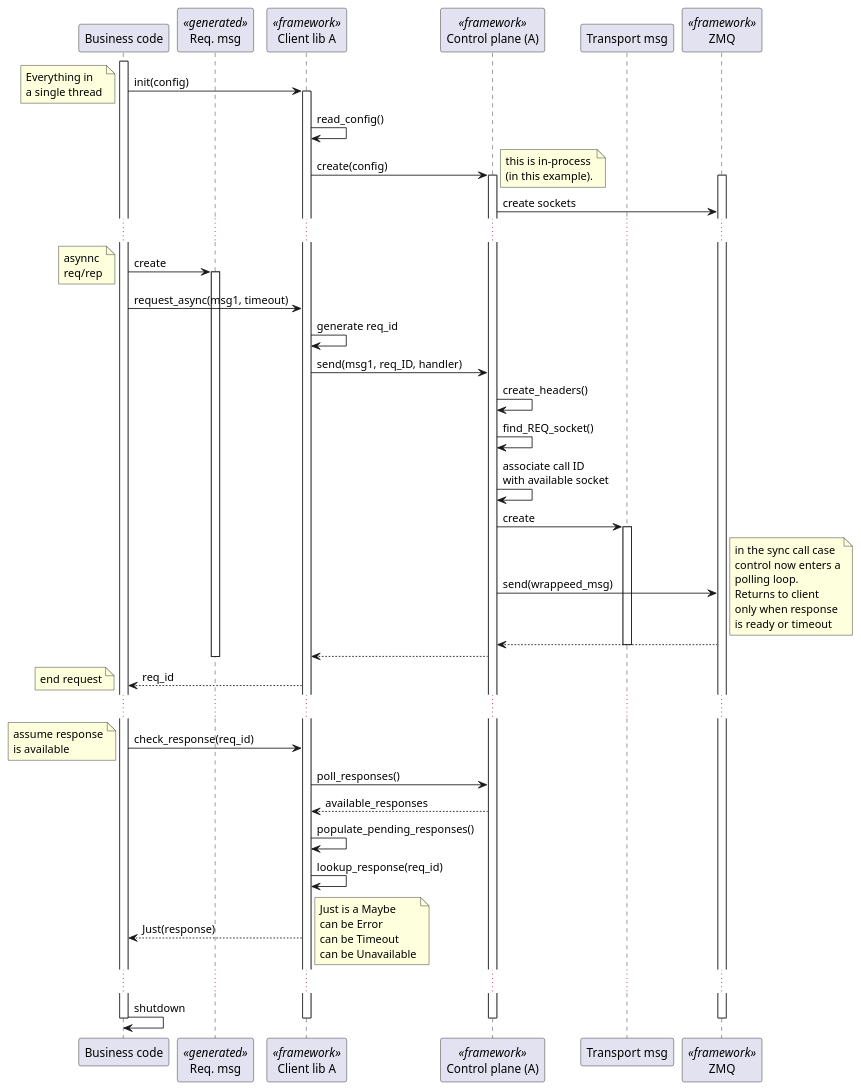
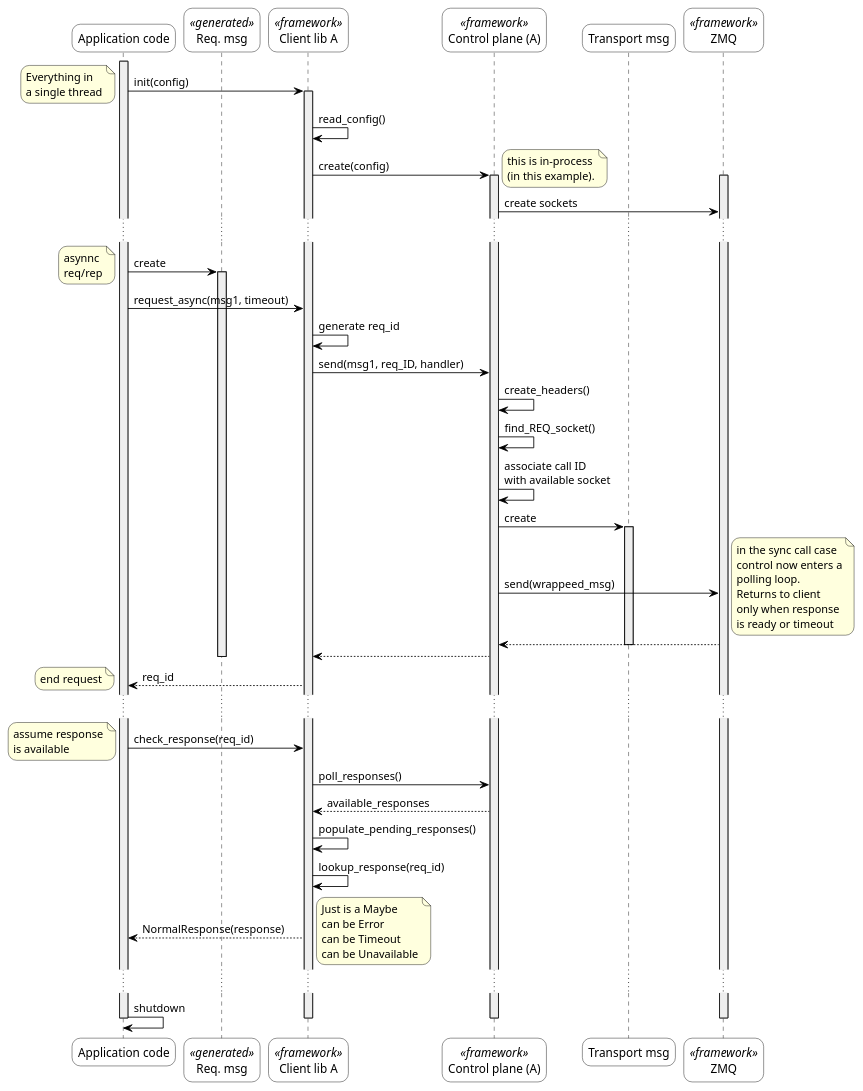
The diagram in docs/design/basic_rpc_async_call_flow.puml (arnonmoscona/organic), drawn with PlantUML before and after one commit. The commit also changed 9 other files, not shown here.

```diff
--- a/docs/design/basic_rpc_async_call_flow.puml
+++ b/docs/design/basic_rpc_async_call_flow.puml
@@ -1,64 +1,78 @@
 @startuml
-participant "Business code" as code
+
+skinparam roundcorner 20
+skinparam noteBorderColor black
+skinparam NoteBackgroundColor #FFFFDE
+
+skinparam sequence {
+  ParticipantBorderColor Black
+  ParticipantBackgroundColor white
+  LifeLineBorderColor black
+	LifeLineBackgroundColor #EEEEEE
+	ArrowColor black
+	GroupBorderColor #DDDDBB
+}
+
+participant "Application code" as code
 participant "Req. msg" as msg1 << generated >>
 participant "Client lib A" as client_A <<framework>>
 participant "Control plane (A)" as control_A <<framework>>
 participant "Transport msg" as wrapper
 participant "ZMQ" as zmq <<framework>>
 
 activate code
 code -> client_A: init(config)
 note left: Everything in\na single thread
 activate client_A
 client_A -> client_A: read_config()
 client_A -> control_A: create(config)
 activate control_A
 note right: this is in-process\n(in this example).
 activate zmq
 control_A ->zmq: create sockets
 
 ...
 
 code -> msg1: create
 activate msg1
 note left: asynnc\nreq/rep
 code -> client_A: request_async(msg1, timeout)
 client_A -> client_A: generate req_id
 client_A -> control_A: send(msg1, req_ID, handler)
 control_A -> control_A: create_headers()
 control_A -> control_A: find_REQ_socket()
 control_A -> control_A: associate call ID\nwith available socket
 control_A -> wrapper: create
 activate wrapper
 control_A -> zmq: send(wrappeed_msg)
 
 note right: in the sync call case\ncontrol now enters a\npolling loop.\nReturns to client\nonly when response\nis ready or timeout
 
 zmq --> control_A
 deactivate wrapper
 control_A --> client_A
 deactivate msg1
 client_A --> code: req_id
 note left: end request
 
 ...
 
 
 code -> client_A: check_response(req_id)
 note left: assume response\nis available
 client_A -> control_A: poll_responses()
 control_A --> client_A: available_responses
 client_A -> client_A: populate_pending_responses()
 client_A -> client_A: lookup_response(req_id)
-client_A --> code: Just(response)
+client_A --> code: NormalResponse(response)
 note right: Just is a Maybe\ncan be Error\ncan be Timeout\ncan be Unavailable
 
 ...
 
 code -> code: shutdown
 deactivate zmq
 deactivate control_A
 deactivate client_A
 deactivate code
 
 @enduml
```
